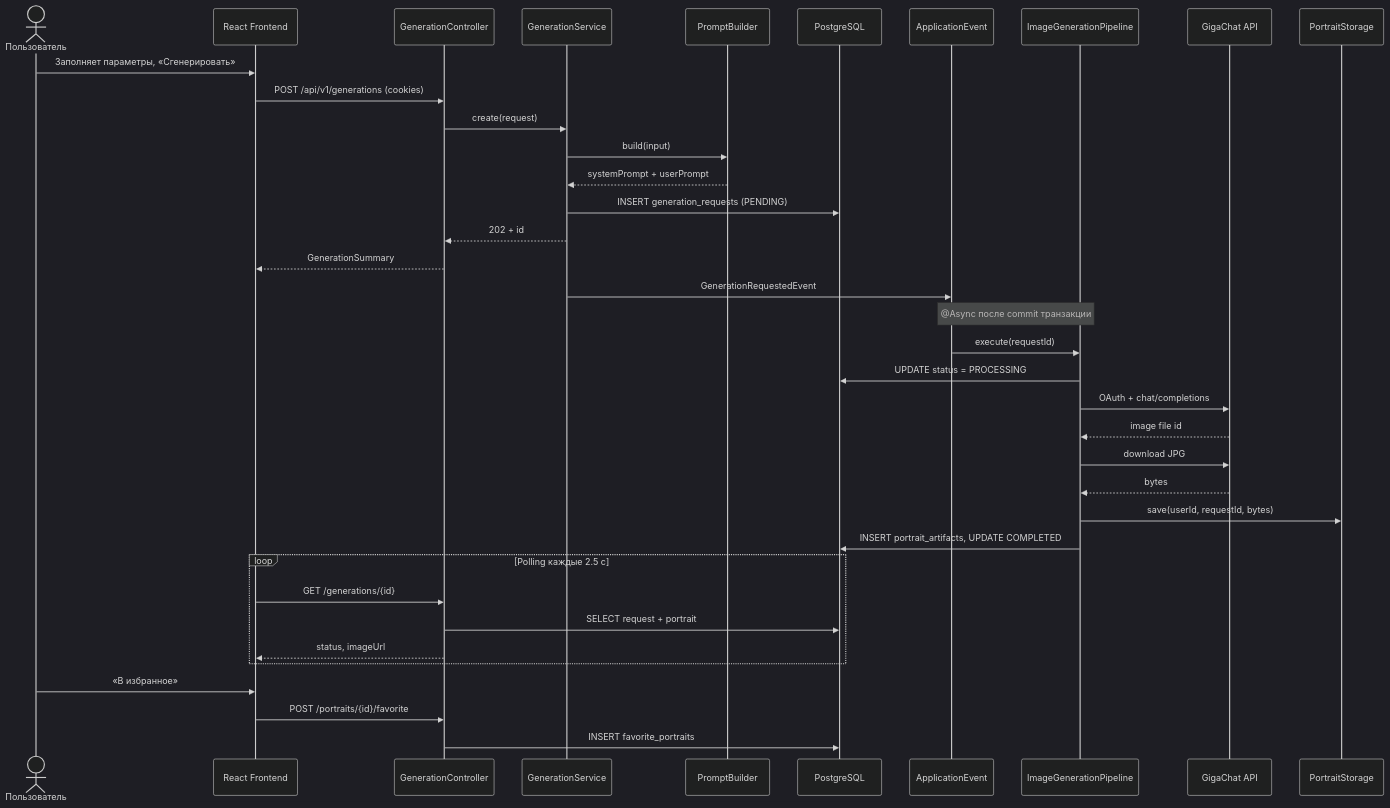
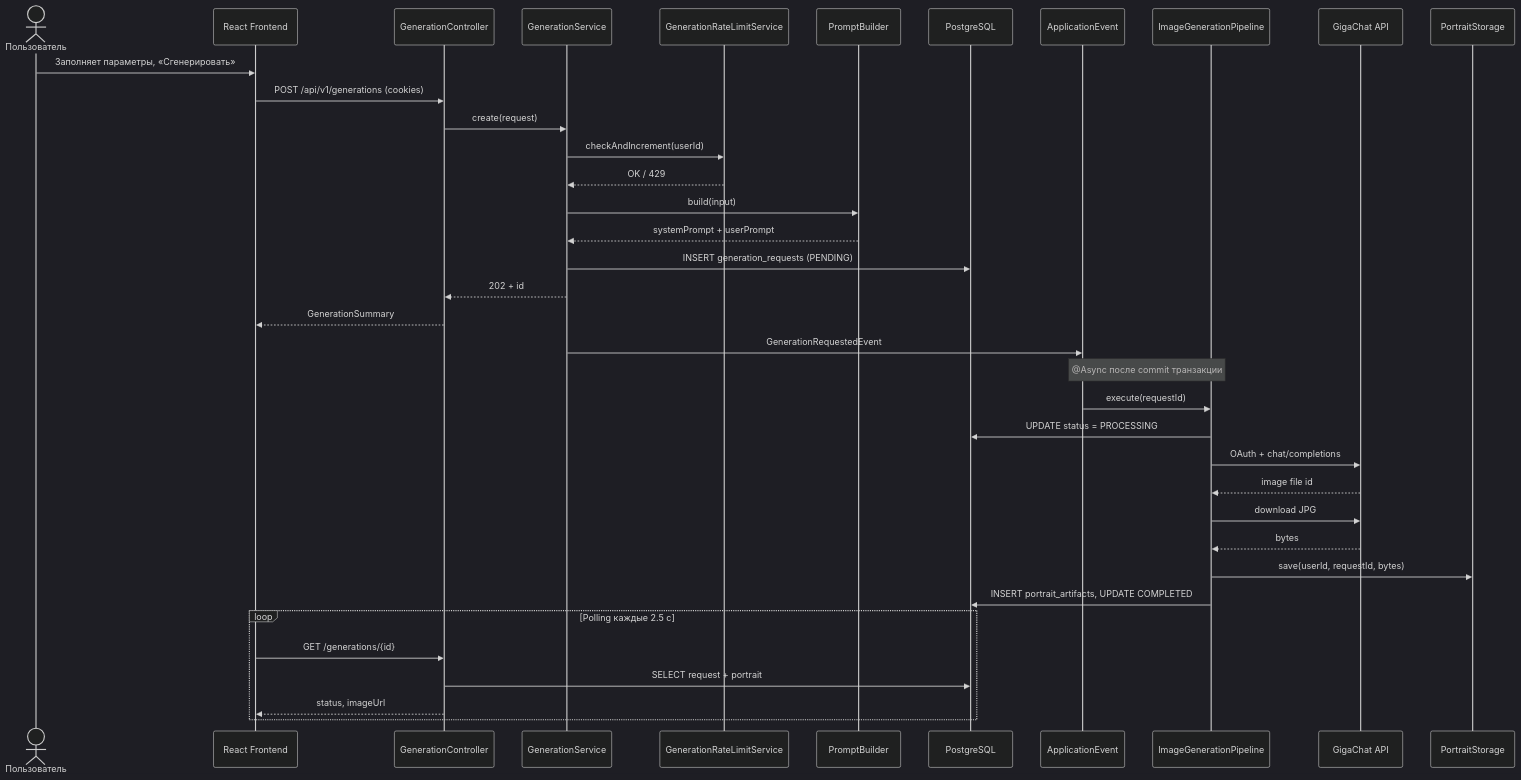
One commit to GeorgyNikolaev/MEPHI_Java_DD-Person changed the diagram in docs/sequence-generation.md. Above: the diagram before and after it, drawn with Mermaid (dark theme). The commit also changed other lines of this file and 7 other files, not shown here.

Commit message:
Отредактированные диаграммы

````diff
--- a/docs/sequence-generation.md
+++ b/docs/sequence-generation.md
@@ -5,44 +5,43 @@
 ```mermaid
 sequenceDiagram
     actor User as Пользователь
     participant UI as React Frontend
     participant API as GenerationController
     participant Svc as GenerationService
+    participant RL as GenerationRateLimitService
     participant PB as PromptBuilder
     participant DB as PostgreSQL
     participant Bus as ApplicationEvent
     participant Pipe as ImageGenerationPipeline
     participant GC as GigaChat API
     participant FS as PortraitStorage
 
     User->>UI: Заполняет параметры, «Сгенерировать»
     UI->>API: POST /api/v1/generations (cookies)
     API->>Svc: create(request)
+    Svc->>RL: checkAndIncrement(userId)
+    RL-->>Svc: OK / 429
     Svc->>PB: build(input)
     PB-->>Svc: systemPrompt + userPrompt
     Svc->>DB: INSERT generation_requests (PENDING)
     Svc-->>API: 202 + id
     API-->>UI: GenerationSummary
     Svc->>Bus: GenerationRequestedEvent
 
     Note over Bus,Pipe: @Async после commit транзакции
 
     Bus->>Pipe: execute(requestId)
     Pipe->>DB: UPDATE status = PROCESSING
     Pipe->>GC: OAuth + chat/completions
     GC-->>Pipe: image file id
     Pipe->>GC: download JPG
     GC-->>Pipe: bytes
     Pipe->>FS: save(userId, requestId, bytes)
     Pipe->>DB: INSERT portrait_artifacts, UPDATE COMPLETED
 
     loop Polling каждые 2.5 с
         UI->>API: GET /generations/{id}
         API->>DB: SELECT request + portrait
         API-->>UI: status, imageUrl
     end
-
-    User->>UI: «В избранное»
-    UI->>API: POST /portraits/{id}/favorite
-    API->>DB: INSERT favorite_portraits
 ```
````
